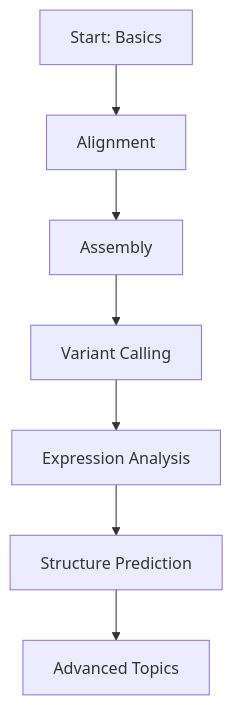
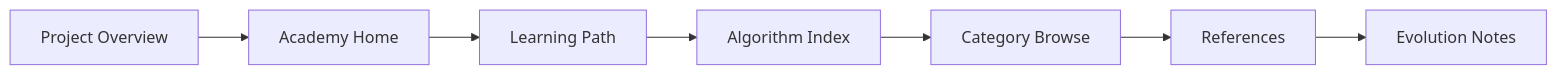
Before and after one commit to LessUp/awesome-bioinfo-algorithms: the second of 2 diagrams in docs/en/academy/index.md, drawn with Mermaid. The commit also changed other lines of this file and 15 other files, not shown here.

````diff
--- a/docs/en/academy/index.md
+++ b/docs/en/academy/index.md
@@ -46,9 +51,9 @@
 ```mermaid
-graph TD
-    A[Start: Basics] --> B[Alignment]
-    B --> C[Assembly]
-    C --> D[Variant Calling]
-    D --> E[Expression Analysis]
-    E --> F[Structure Prediction]
-    F --> G[Advanced Topics]
+flowchart LR
+    A["Project Overview"] --> B["Academy Home"]
+    B --> C["Learning Path"]
+    C --> D["Algorithm Index"]
+    D --> E["Category Browse"]
+    E --> F["References"]
+    F --> G["Evolution Notes"]
 ```
````
